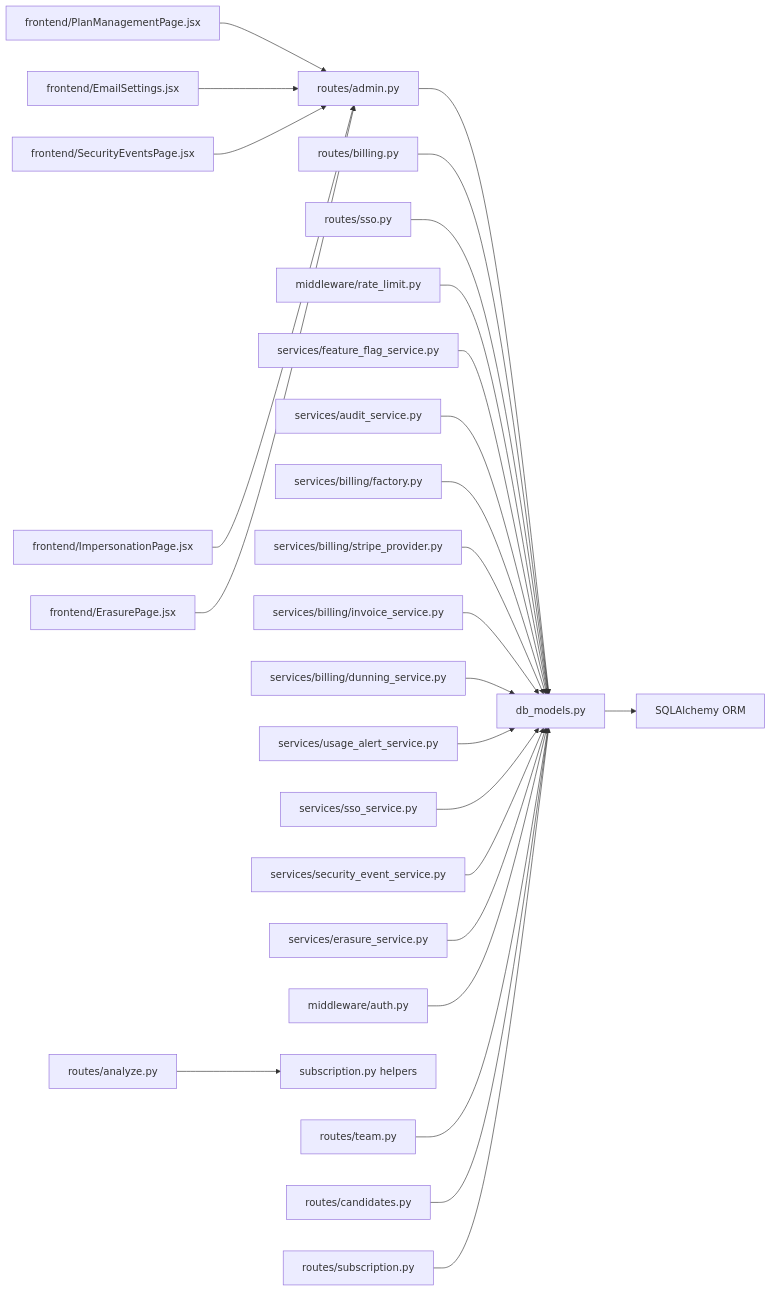
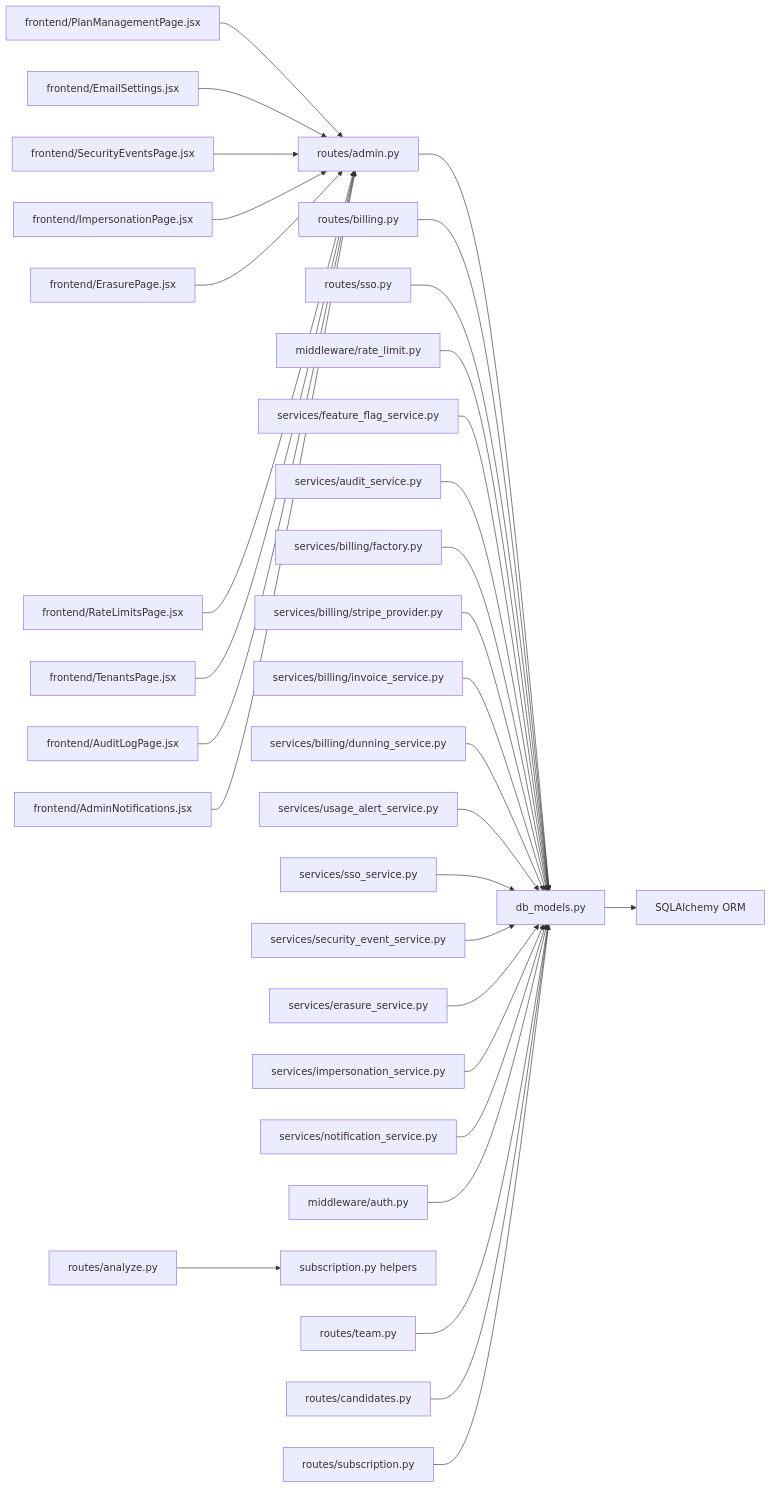
Diagram 22 of 22 in .qoder/repowiki/en/content/Multi-Tenant System/Multi-Tenant System.md (Revanththetalogics/aireume), drawn with Mermaid before and after one commit. The commit also changed other lines of this file and 13 other files, not shown here.

````diff
--- a/.qoder/repowiki/en/content/Multi-Tenant System/Multi-Tenant System.md
+++ b/.qoder/repowiki/en/content/Multi-Tenant System/Multi-Tenant System.md
@@ -1382,28 +1496,34 @@
 ```mermaid
 graph LR
 AdminRoutes["routes/admin.py"] --> Models["db_models.py"]
 BillingRoutes["routes/billing.py"] --> Models
 SSORoutes["routes/sso.py"] --> Models
 RateLimit["middleware/rate_limit.py"] --> Models
 FeatureService["services/feature_flag_service.py"] --> Models
 AuditService["services/audit_service.py"] --> Models
 Factory["services/billing/factory.py"] --> Models
 StripeProvider["services/billing/stripe_provider.py"] --> Models
 InvoiceService["services/billing/invoice_service.py"] --> Models
 DunningService["services/billing/dunning_service.py"] --> Models
 UsageAlertService["services/usage_alert_service.py"] --> Models
 SSOService["services/sso_service.py"] --> Models
 SecurityEventService["services/security_event_service.py"] --> Models
 ErasureService["services/erasure_service.py"] --> Models
+ImpersonationService["services/impersonation_service.py"] --> Models
+NotificationService["services/notification_service.py"] --> Models
 Auth["middleware/auth.py"] --> Models
 Analyze["routes/analyze.py"] --> SubHelpers["subscription.py helpers"]
 Team["routes/team.py"] --> Models
 Candidates["routes/candidates.py"] --> Models
 Subscription["routes/subscription.py"] --> Models
 Models --> DB["SQLAlchemy ORM"]
 PlanMgmt["frontend/PlanManagementPage.jsx"] --> AdminRoutes
 EmailCfg["frontend/EmailSettings.jsx"] --> AdminRoutes
 SecurityEvents["frontend/SecurityEventsPage.jsx"] --> AdminRoutes
 Impersonation["frontend/ImpersonationPage.jsx"] --> AdminRoutes
 Erasure["frontend/ErasurePage.jsx"] --> AdminRoutes
+RateLimits["frontend/RateLimitsPage.jsx"] --> AdminRoutes
+Tenants["frontend/TenantsPage.jsx"] --> AdminRoutes
+AuditLog["frontend/AuditLogPage.jsx"] --> AdminRoutes
+Notifications["frontend/AdminNotifications.jsx"] --> AdminRoutes
 ```
````
